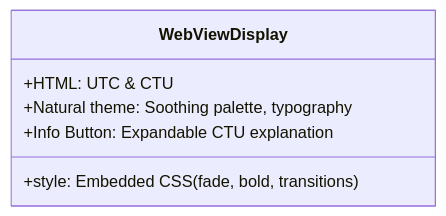
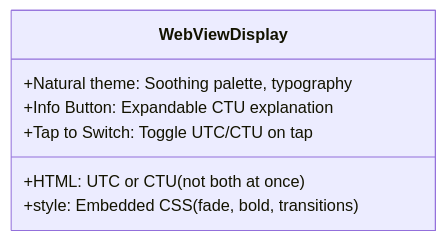
Before and after one commit to amogorkon/C-Tune-Clock: the first of 6 diagrams in docs/spec.md, drawn with Mermaid. The commit also changed other lines of this file, not shown here.

Commit message:
Clarify purpose and features in app specification, emphasizing UTC/CTU toggle functionality and updating UI structure details.

````diff
--- a/docs/spec.md
+++ b/docs/spec.md
@@ -27,9 +27,10 @@
 ```mermaid
 classDiagram
 class WebViewDisplay {
-  +HTML: UTC & CTU
+  +HTML: UTC or CTU (not both at once)
   +style: Embedded CSS (fade, bold, transitions)
   +Natural theme: Soothing palette, typography
   +Info Button: Expandable CTU explanation
+  +Tap to Switch: Toggle UTC/CTU on tap
 }
 ```
````
